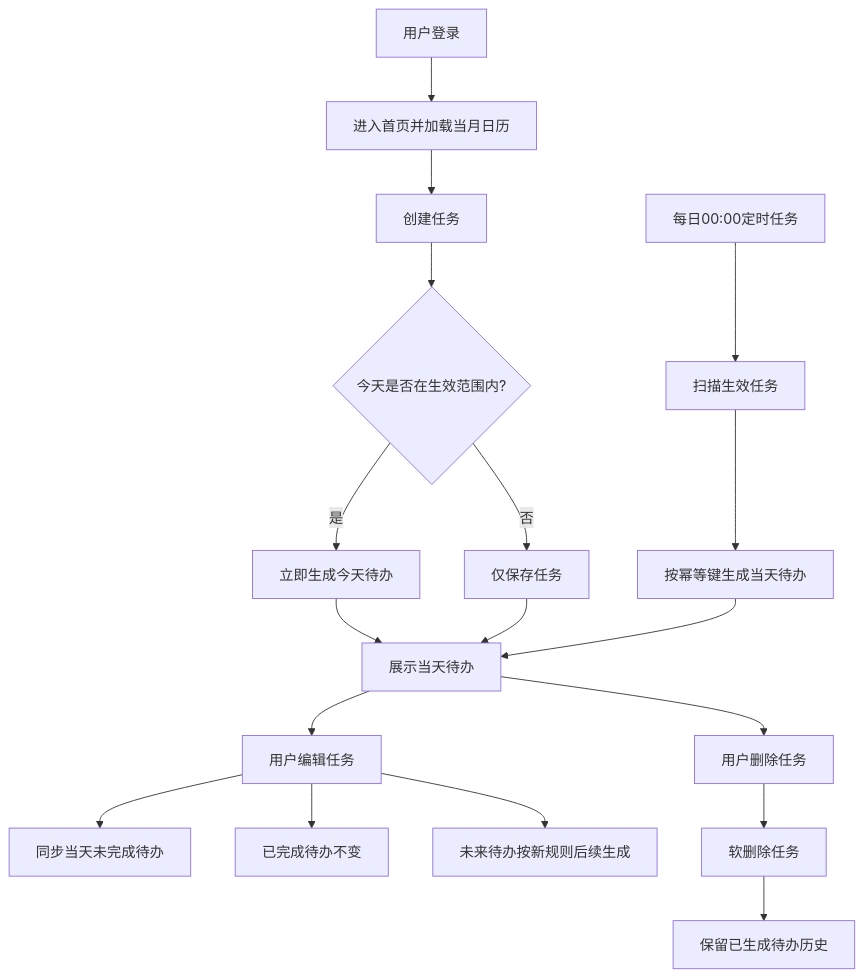
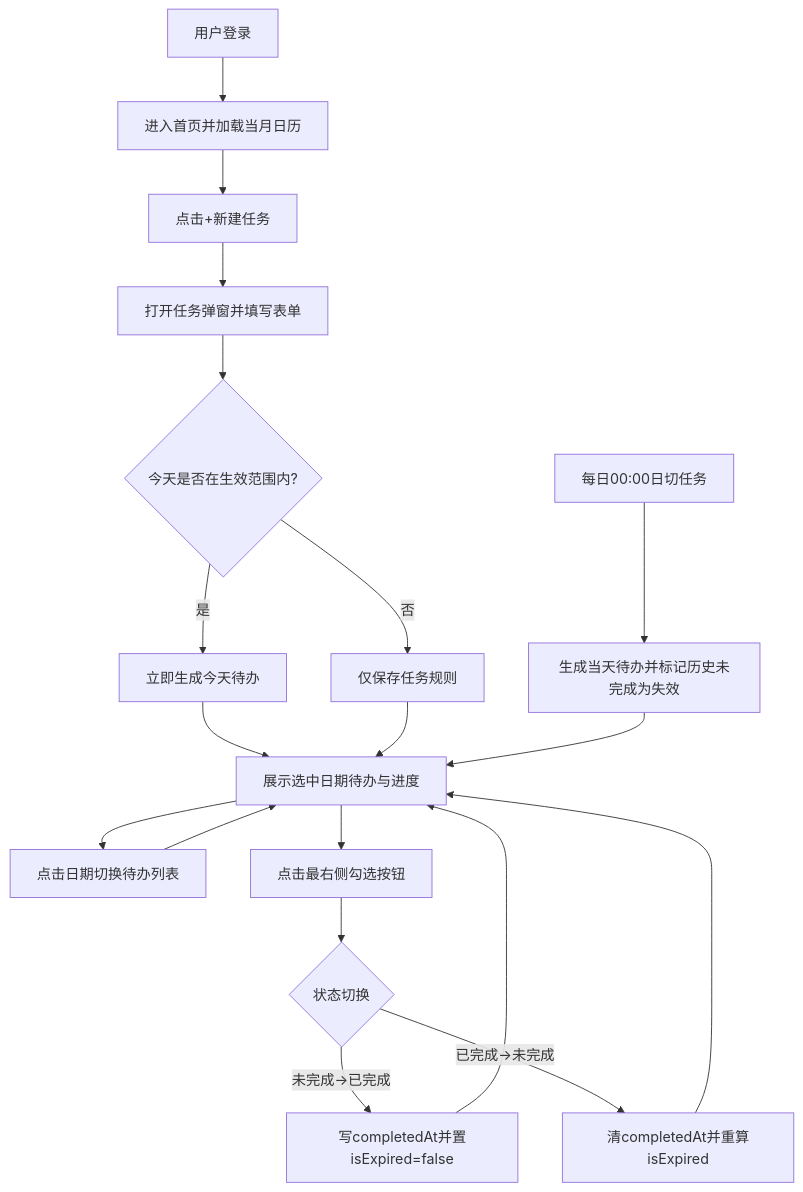
The first of 3 diagrams in .document/AI-PRD.md (xietian-hash/todofairy), drawn with Mermaid before and after one commit. The commit also changed other lines of this file and 4 other files, not shown here.

````diff
--- a/.document/AI-PRD.md
+++ b/.document/AI-PRD.md
@@ -107,20 +108,21 @@
 ```mermaid
 flowchart TD
   A[用户登录] --> B[进入首页并加载当月日历]
-  B --> C[创建任务]
-  C --> D{今天是否在生效范围内?}
-  D -- 是 --> E[立即生成今天待办]
-  D -- 否 --> F[仅保存任务]
-  E --> G[展示当天待办]
-  F --> G
-  H[每日00:00定时任务] --> I[扫描生效任务]
-  I --> J[按幂等键生成当天待办]
-  J --> G
-  G --> K[用户编辑任务]
-  K --> L[同步当天未完成待办]
-  K --> M[已完成待办不变]
-  K --> N[未来待办按新规则后续生成]
-  G --> O[用户删除任务]
-  O --> P[软删除任务]
-  P --> Q[保留已生成待办历史]
+  B --> C[点击+新建任务]
+  C --> D[打开任务弹窗并填写表单]
+  D --> E{今天是否在生效范围内?}
+  E -- 是 --> F[立即生成今天待办]
+  E -- 否 --> G[仅保存任务规则]
+  F --> H[展示选中日期待办与进度]
+  G --> H
+  H --> I[点击日期切换待办列表]
+  I --> H
+  H --> J[点击最右侧勾选按钮]
+  J --> K{状态切换}
+  K -- 未完成->已完成 --> L[写completedAt并置isExpired=false]
+  K -- 已完成->未完成 --> M[清completedAt并重算isExpired]
+  L --> H
+  M --> H
+  N[每日00:00日切任务] --> O[生成当天待办并标记历史未完成为失效]
+  O --> H
 ```
````
